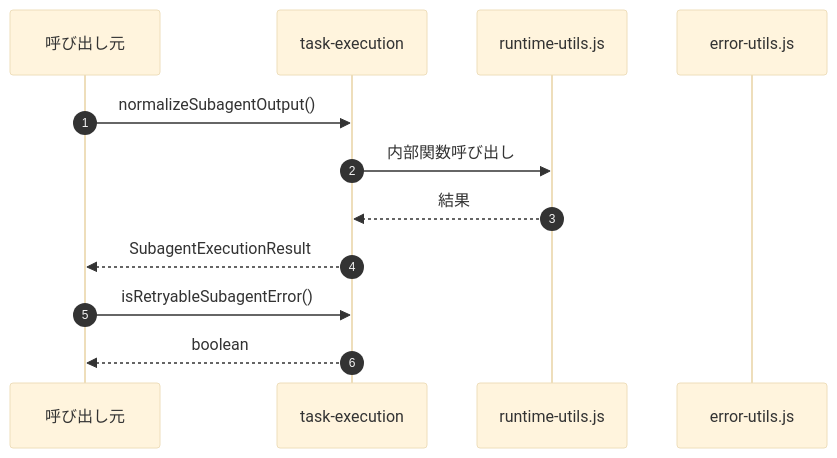
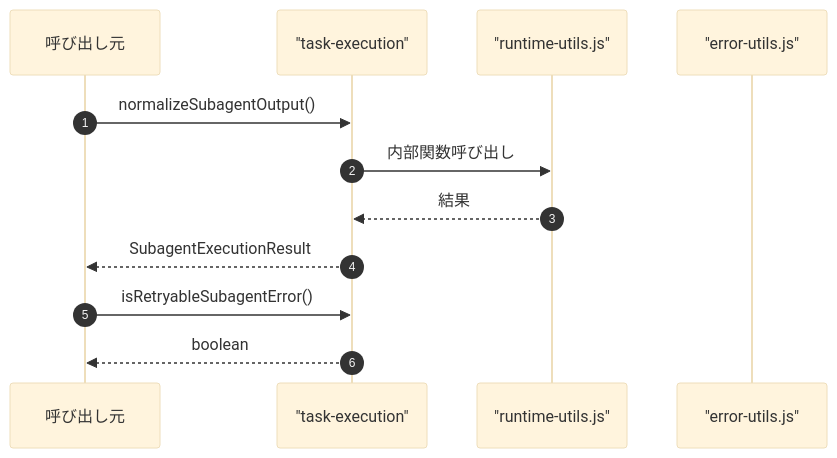
One commit to Mekann2904/mekann changed the fourth of 4 diagrams in ABDD/.pi/extensions/subagents/task-execution.md. Above: the diagram before and after it, drawn with Mermaid (base theme). The commit also changed other lines of this file and 152 other files, not shown here.

First line of the commit message:
fix: Mermaid図のラベル内の特殊文字をエスケープする

````diff
--- a/ABDD/.pi/extensions/subagents/task-execution.md
+++ b/ABDD/.pi/extensions/subagents/task-execution.md
@@ -95,16 +95,16 @@
 ```mermaid
 sequenceDiagram
   autonumber
   participant Caller as 呼び出し元
-  participant task_execution as task-execution
-  participant runtime_utils_js as runtime-utils.js
-  participant error_utils_js as error-utils.js
+  participant task_execution as "task-execution"
+  participant runtime_utils_js as "runtime-utils.js"
+  participant error_utils_js as "error-utils.js"
 
   Caller->>task_execution: normalizeSubagentOutput()
   task_execution->>runtime_utils_js: 内部関数呼び出し
   runtime_utils_js-->>task_execution: 結果
   task_execution-->>Caller: SubagentExecutionResult
 
   Caller->>task_execution: isRetryableSubagentError()
   task_execution-->>Caller: boolean
 ```
````
